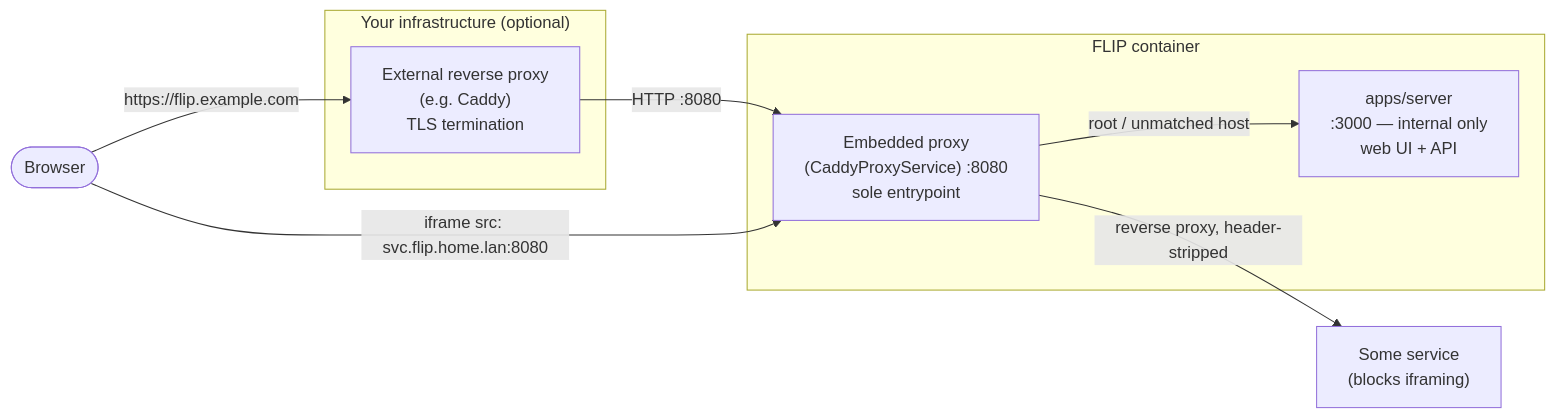
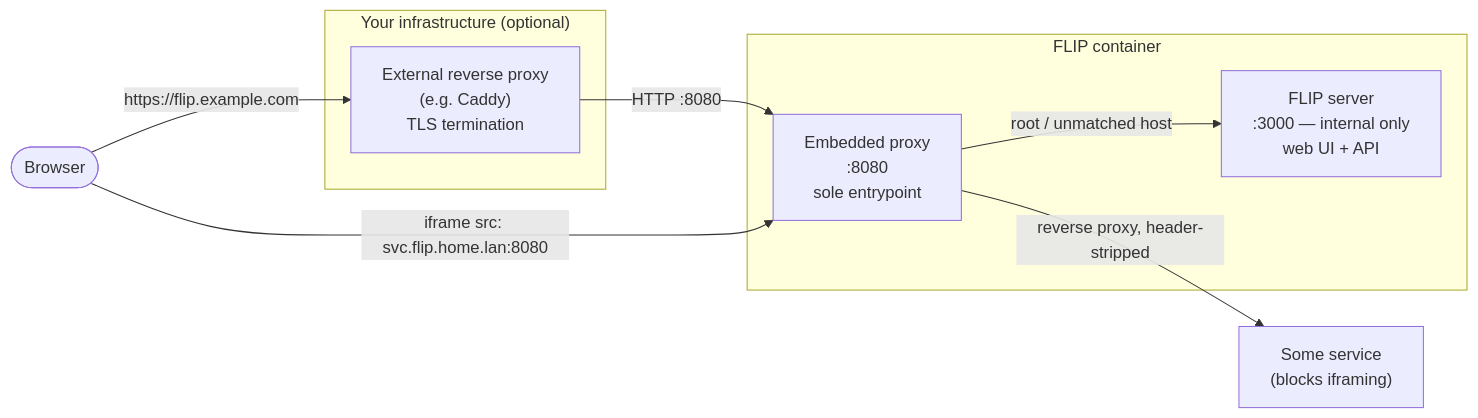
The diagram in README.md (damianpokorski/flip), drawn with Mermaid before and after one commit. The commit also changed other lines of this file and 30 other files, not shown here.

````diff
--- a/README.md
+++ b/README.md
@@ -66,21 +58,21 @@
 ```mermaid
 flowchart LR
     Browser(["Browser"])
 
     subgraph ext["Your infrastructure (optional)"]
         ExtProxy["External reverse proxy\n(e.g. Caddy)\nTLS termination"]
     end
 
     subgraph flip["FLIP container"]
-        EmbProxy["Embedded proxy\n(CaddyProxyService) :8080\nsole entrypoint"]
-        Server["apps/server\n:3000 — internal only\nweb UI + API"]
+        EmbProxy["Embedded proxy\n:8080\nsole entrypoint"]
+        Server["FLIP server\n:3000 — internal only\nweb UI + API"]
         EmbProxy -- "root / unmatched host" --> Server
     end
 
     SvcBlocked["Some service\n(blocks iframing)"]
 
     Browser -- "https://flip.example.com" --> ExtProxy
     ExtProxy -- "HTTP :8080" --> EmbProxy
     Browser -- "iframe src: svc.flip.home.lan:8080" --> EmbProxy
     EmbProxy -- "reverse proxy, header-stripped" --> SvcBlocked
 ```
````
